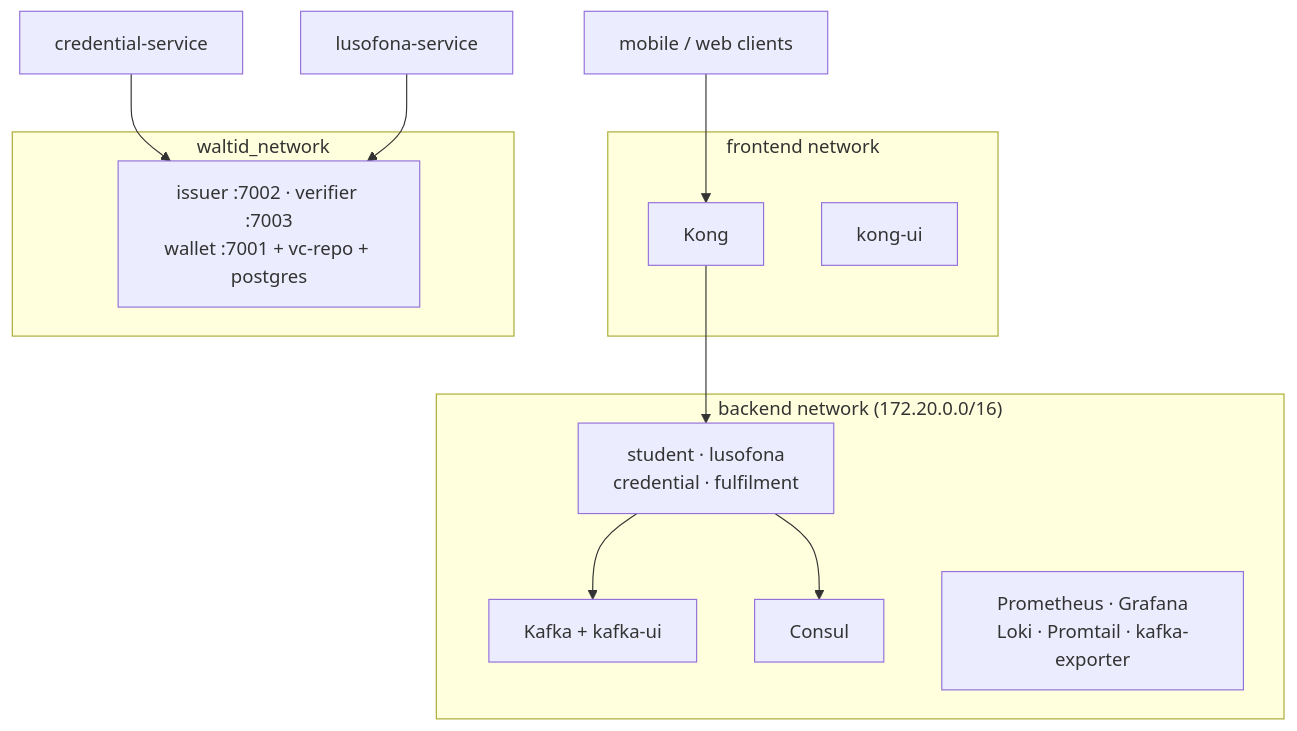
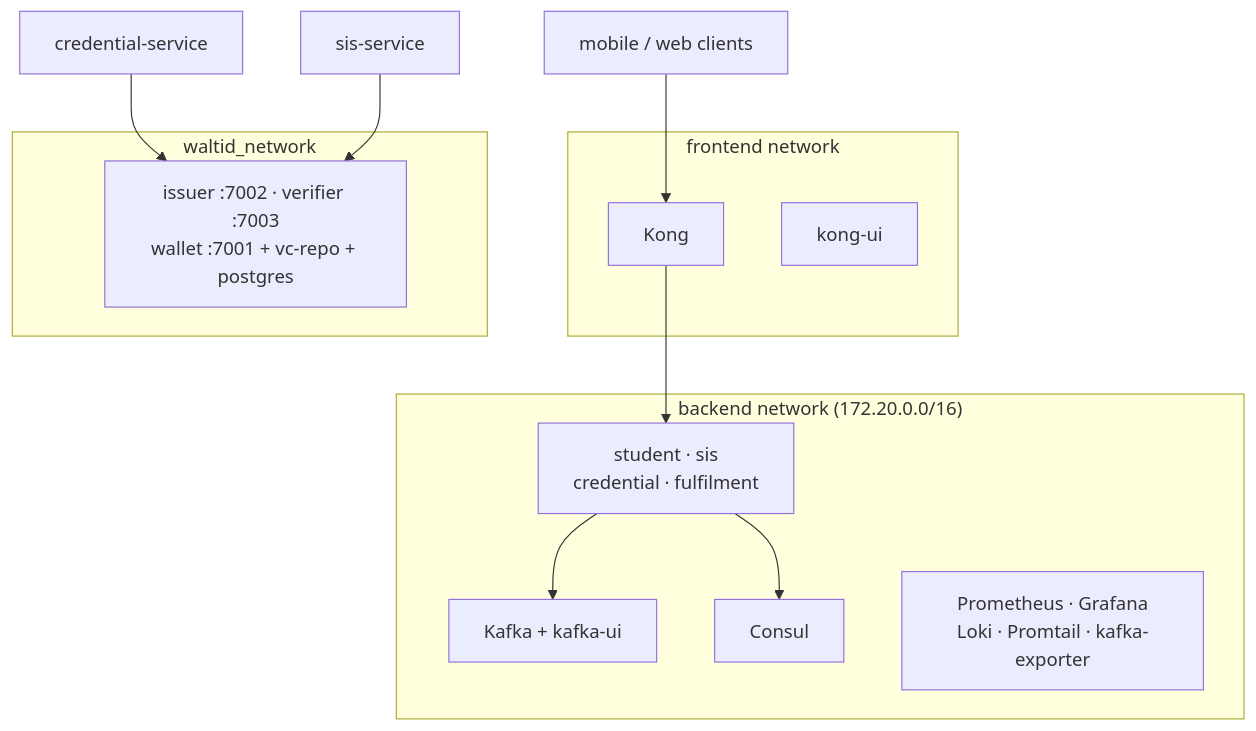
Before and after one commit to marcelogdomingues/ulht-dcs-public: diagram 13 of 16 in docs/ARCHITECTURE.md, drawn with Mermaid. The commit also changed other lines of this file and 600 other files, not shown here.

````diff
--- a/docs/ARCHITECTURE.md
+++ b/docs/ARCHITECTURE.md
@@ -635,23 +635,23 @@
 ```mermaid
 graph TB
     subgraph frontend["frontend network"]
         kong["Kong"]
         kongui["kong-ui"]
     end
     subgraph backend["backend network (172.20.0.0/16)"]
-        svcs["student · lusofona<br/>credential · fulfilment"]
+        svcs["student · sis<br/>credential · fulfilment"]
         kafka["Kafka + kafka-ui"]
         consul["Consul"]
         obs["Prometheus · Grafana<br/>Loki · Promtail · kafka-exporter"]
     end
     subgraph waltidnet["waltid_network"]
         waltid["issuer :7002 · verifier :7003<br/>wallet :7001 + vc-repo + postgres"]
     end
 
     clients["mobile / web clients"] --> kong
     kong --> svcs
     svcs --> kafka
     svcs --> consul
     credential["credential-service"] --> waltid
-    lusofona["lusofona-service"] --> waltid
+    sis["sis-service"] --> waltid
 ```
````
